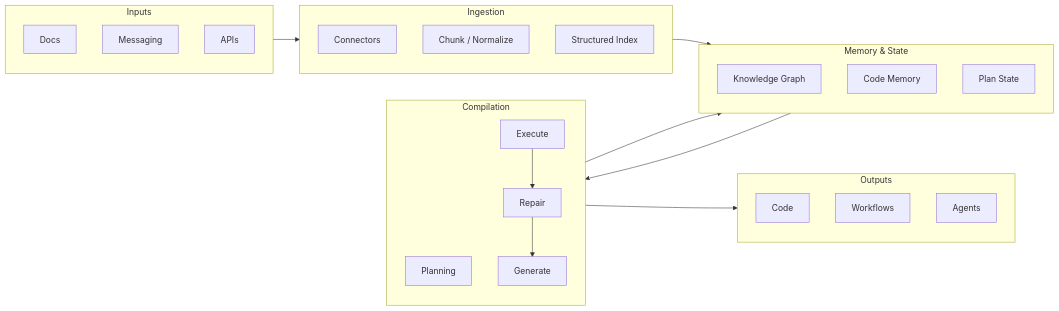
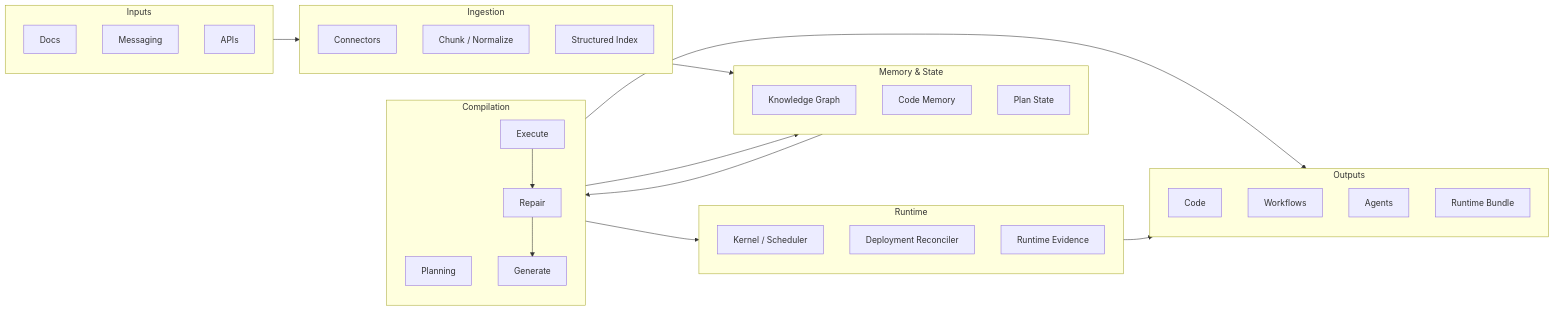
One commit to nonameuserd/runform changed the diagram in docs/architecture.md. Above: the diagram before and after it, drawn with Mermaid. The commit also changed other lines of this file and 435 other files, not shown here.

````diff
--- a/docs/architecture.md
+++ b/docs/architecture.md
@@ -15,41 +15,50 @@
 ```mermaid
 flowchart LR
   subgraph inputs [Inputs]
     Docs[Docs]
     Messaging[Messaging]
     APIs[APIs]
   end
 
   subgraph ingest [Ingestion]
     Connectors[Connectors]
     Chunk[Chunk / Normalize]
     Index[Structured Index]
   end
 
   subgraph memory [Memory & State]
     KG[Knowledge Graph]
     CodeMem[Code Memory]
     PlanState[Plan State]
   end
 
   subgraph compile [Compilation]
     Plan[Planning]
     Gen[Generate]
     Exec[Execute]
     Repair[Repair]
   end
 
   subgraph outputs [Outputs]
     Code[Code]
     Workflows[Workflows]
     Agents[Agents]
+    RuntimeArtifacts[Runtime Bundle]
+  end
+
+  subgraph runtime [Runtime]
+    Kernel[Kernel / Scheduler]
+    Reconciler[Deployment Reconciler]
+    Evidence[Runtime Evidence]
   end
 
   inputs --> ingest
   ingest --> memory
   memory --> compile
   compile --> memory
   compile --> outputs
+  compile --> runtime
+  runtime --> outputs
   Exec --> Repair
   Repair --> Gen
 ```
````
